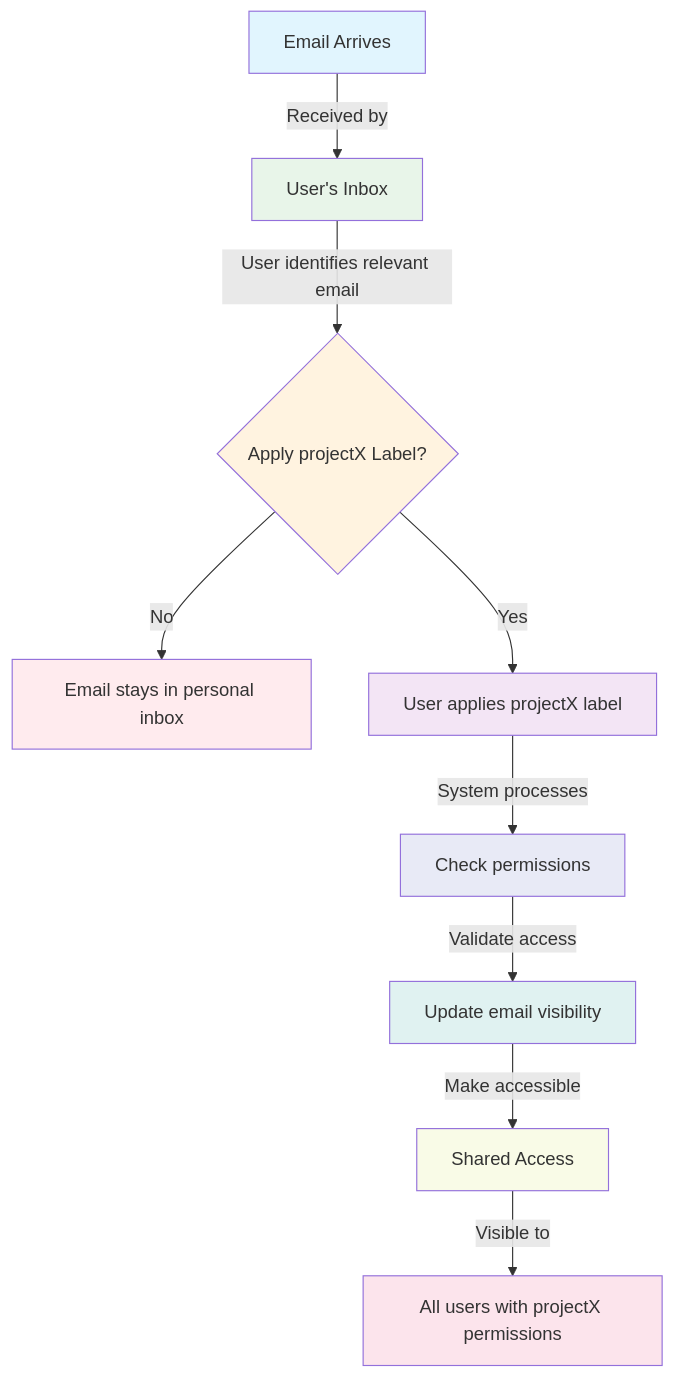
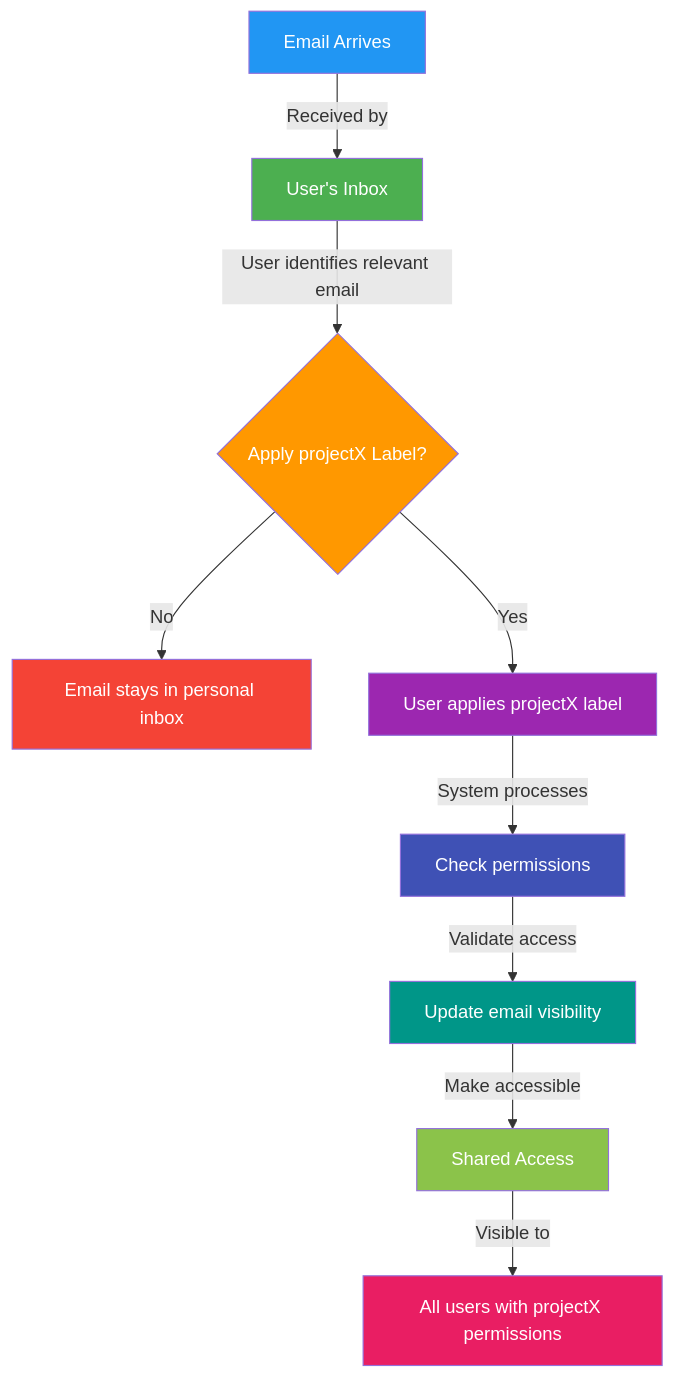
The first of 2 diagrams in README.md (pleabargain/shared-labels-in-google-workspace-domain), drawn with Mermaid before and after one commit. The commit also changed other lines of this file and 1 other file, not shown here.

````diff
--- a/README.md
+++ b/README.md
@@ -12,21 +49,21 @@
 ```mermaid
 flowchart TD
     A[Email Arrives] -->|Received by| B[User's Inbox]
     B -->|User identifies relevant email| C{Apply projectX Label?}
     C -->|No| D[Email stays in personal inbox]
     C -->|Yes| E[User applies projectX label]
     E -->|System processes| F[Check permissions]
     F -->|Validate access| G[Update email visibility]
     G -->|Make accessible| H[Shared Access]
     H -->|Visible to| I[All users with projectX permissions]
     
-    style A fill:#e1f5fe
-    style B fill:#e8f5e9
-    style C fill:#fff3e0
-    style D fill:#ffebee
-    style E fill:#f3e5f5
-    style F fill:#e8eaf6
-    style G fill:#e0f2f1
-    style H fill:#f9fbe7
-    style I fill:#fce4ec
+    style A fill:#2196f3,color:#ffffff
+    style B fill:#4caf50,color:#ffffff
+    style C fill:#ff9800,color:#ffffff
+    style D fill:#f44336,color:#ffffff
+    style E fill:#9c27b0,color:#ffffff
+    style F fill:#3f51b5,color:#ffffff
+    style G fill:#009688,color:#ffffff
+    style H fill:#8bc34a,color:#ffffff
+    style I fill:#e91e63,color:#ffffff
 ```
````
